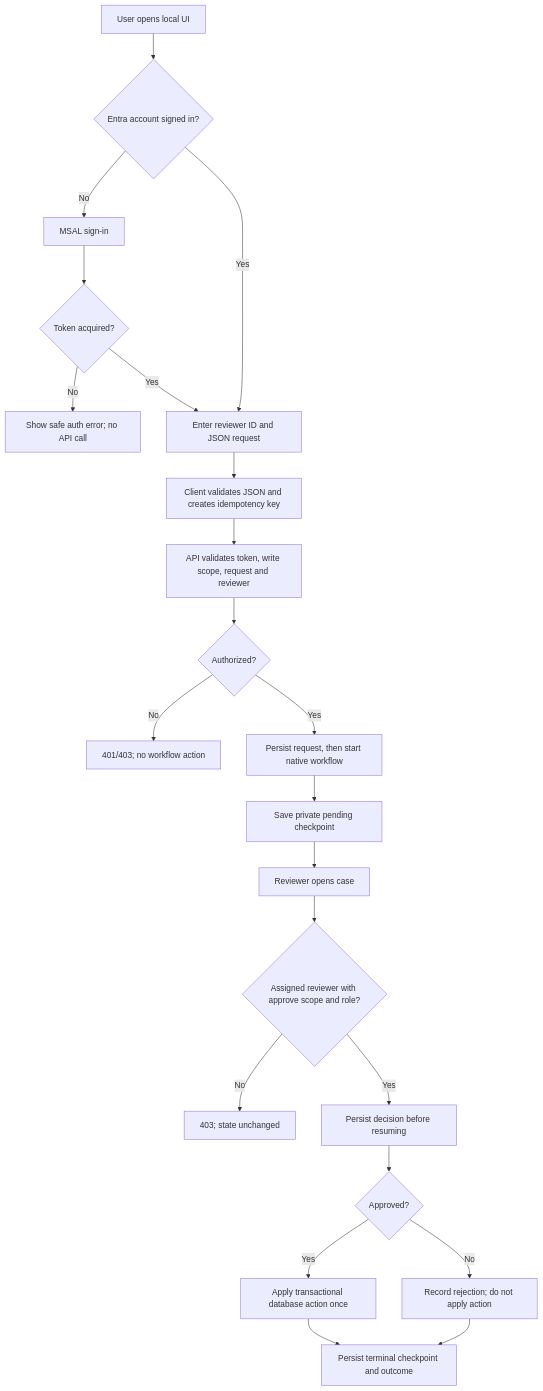
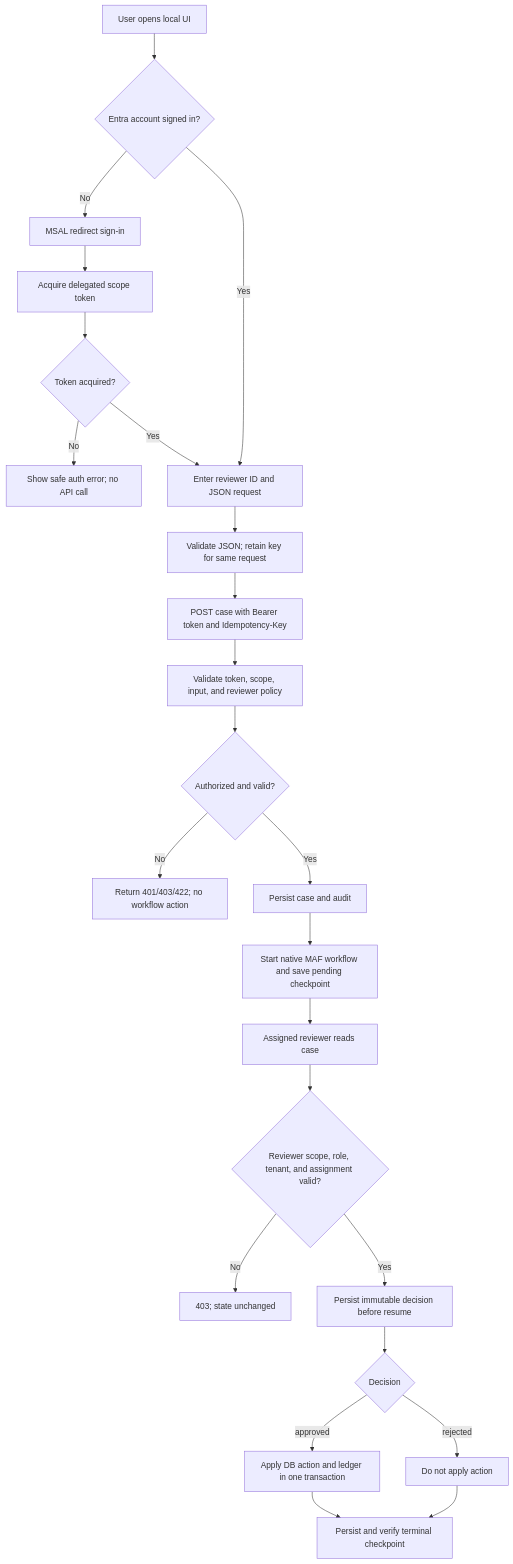
Before and after one commit to ppenumatsa1/agent-blueprints: the first of 2 diagrams in blueprints/maf/workflow/docs/design/userflow.md, drawn with Mermaid. The commit also changed other lines of this file and 10 other files, not shown here.

````diff
--- a/blueprints/maf/workflow/docs/design/userflow.md
+++ b/blueprints/maf/workflow/docs/design/userflow.md
@@ -9,24 +10,26 @@
 ```mermaid
 flowchart TD
     A[User opens local UI] --> B{Entra account signed in?}
-    B -- No --> C[MSAL sign-in]
-    C --> D{Token acquired?}
-    D -- No --> E[Show safe auth error; no API call]
-    D -- Yes --> F[Enter reviewer ID and JSON request]
-    B -- Yes --> F
-    F --> G[Client validates JSON and creates idempotency key]
-    G --> H[API validates token, write scope, request and reviewer]
-    H --> I{Authorized?}
-    I -- No --> J[401/403; no workflow action]
-    I -- Yes --> K[Persist request, then start native workflow]
-    K --> L[Save private pending checkpoint]
-    L --> M[Reviewer opens case]
-    M --> N{Assigned reviewer with approve scope and role?}
-    N -- No --> O[403; state unchanged]
-    N -- Yes --> P[Persist decision before resuming]
-    P --> Q{Approved?}
-    Q -- Yes --> R[Apply transactional database action once]
-    Q -- No --> S[Record rejection; do not apply action]
-    R --> T[Persist terminal checkpoint and outcome]
-    S --> T
+    B -- No --> C[MSAL redirect sign-in]
+    C --> D[Acquire delegated scope token]
+    D --> E{Token acquired?}
+    E -- No --> F[Show safe auth error; no API call]
+    E -- Yes --> G[Enter reviewer ID and JSON request]
+    B -- Yes --> G
+    G --> H[Validate JSON; retain key for same request]
+    H --> I[POST case with Bearer token and Idempotency-Key]
+    I --> J[Validate token, scope, input, and reviewer policy]
+    J --> K{Authorized and valid?}
+    K -- No --> L[Return 401/403/422; no workflow action]
+    K -- Yes --> M[Persist case and audit]
+    M --> N[Start native MAF workflow and save pending checkpoint]
+    N --> O[Assigned reviewer reads case]
+    O --> P{Reviewer scope, role, tenant, and assignment valid?}
+    P -- No --> Q[403; state unchanged]
+    P -- Yes --> R[Persist immutable decision before resume]
+    R --> S{Decision}
+    S -- approved --> T[Apply DB action and ledger in one transaction]
+    S -- rejected --> U[Do not apply action]
+    T --> V[Persist and verify terminal checkpoint]
+    U --> V
 ```
````
